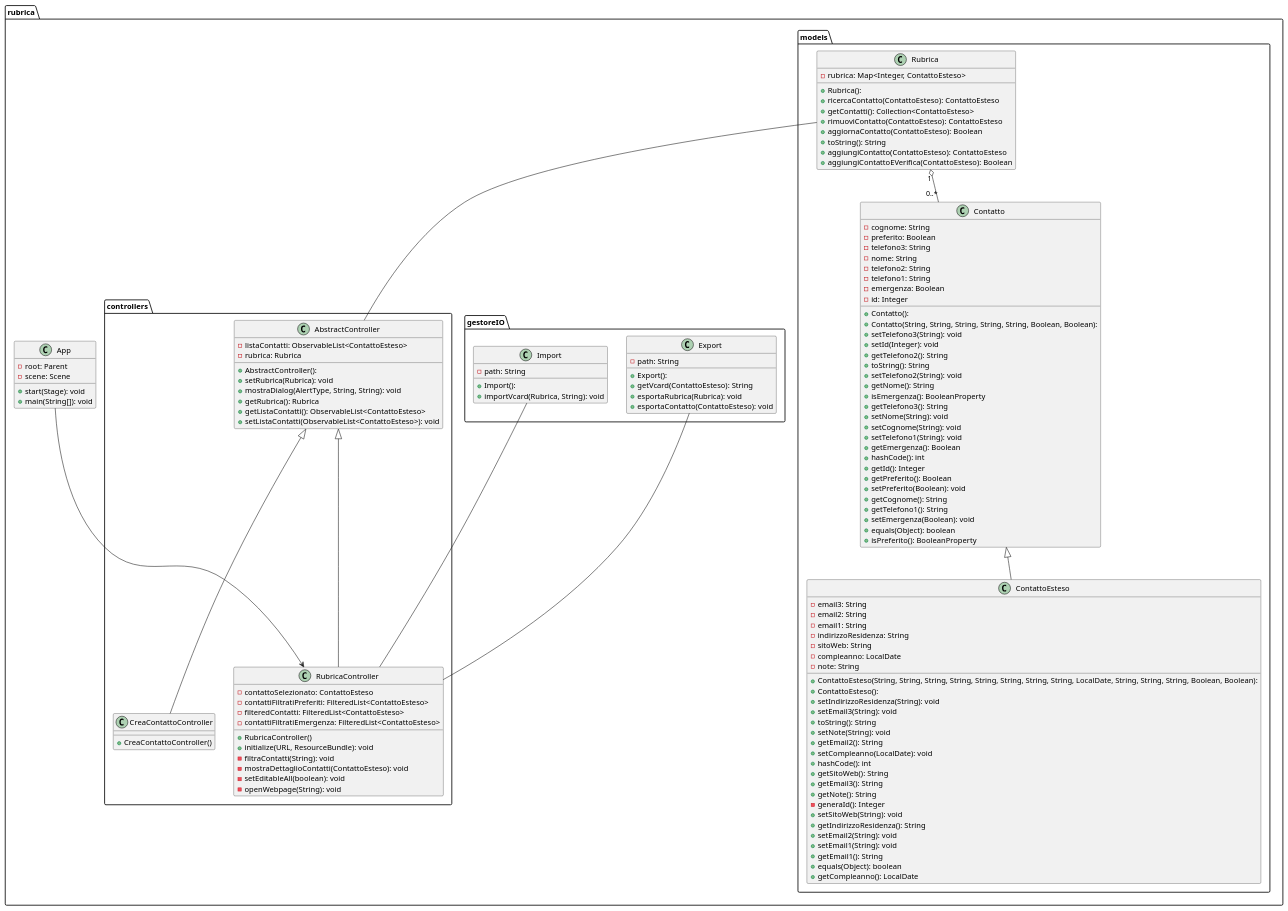
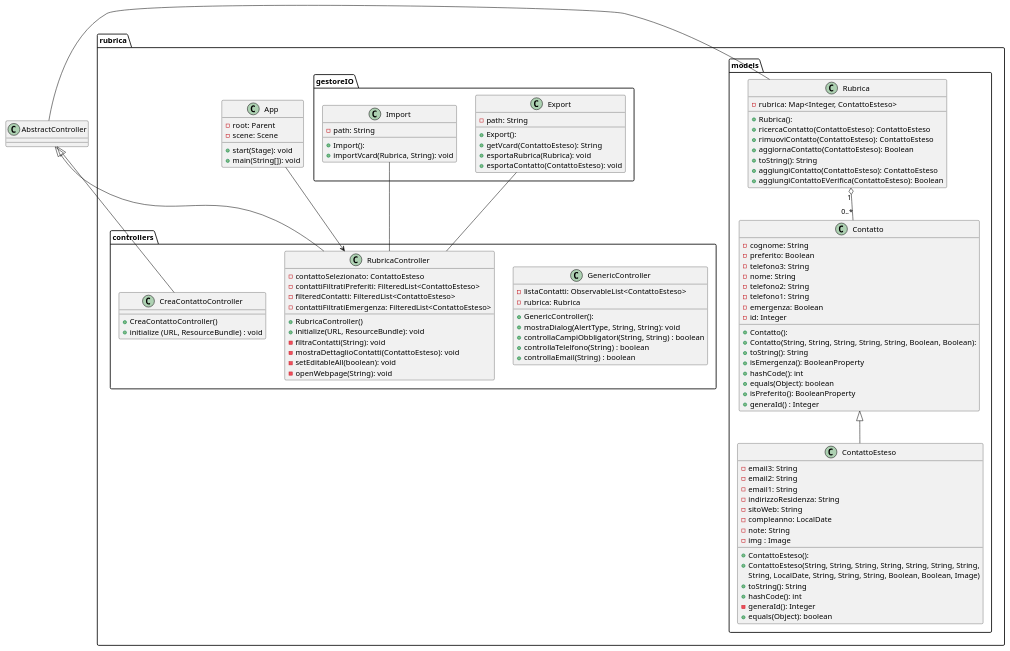
Before and after one commit to emanueletocci/uni-swe-project: the diagram in docs/bozze/Diagrammi/Classi/DiagrammiClassi.puml, drawn with PlantUML.

```diff
--- a/docs/bozze/Diagrammi/Classi/DiagrammiClassi.puml
+++ b/docs/bozze/Diagrammi/Classi/DiagrammiClassi.puml
@@ -1,152 +1,127 @@
 @startuml
 package rubrica {
 
     package controllers{
-        class AbstractController{
-   + AbstractController():
-  - listaContatti: ObservableList<ContattoEsteso>
-  - rubrica: Rubrica
-  + setRubrica(Rubrica): void
-  + mostraDialog(AlertType, String, String): void
-  + getRubrica(): Rubrica
-  + getListaContatti(): ObservableList<ContattoEsteso>
-  + setListaContatti(ObservableList<ContattoEsteso>): void
-            
-        }
+       class GenericController{
+            + GenericController():
+            - listaContatti: ObservableList<ContattoEsteso>
+            - rubrica: Rubrica
+            + mostraDialog(AlertType, String, String): void
+            + controllaCampiObbligatori(String, String) : boolean
+            + controllaTelelfono(String) : boolean
+            + controllaEmail(String) : boolean
+
+    }
+
         class RubricaController{
             + RubricaController()
             - contattoSelezionato: ContattoEsteso
             - contattiFiltratiPreferiti: FilteredList<ContattoEsteso>
             - filteredContatti: FilteredList<ContattoEsteso>
             - contattiFiltratiEmergenza: FilteredList<ContattoEsteso>
             + initialize(URL, ResourceBundle): void
             - filtraContatti(String): void
             - mostraDettaglioContatti(ContattoEsteso): void
             - setEditableAll(boolean): void
             - openWebpage(String): void
              
         }
        
         class CreaContattoController {
             + CreaContattoController()
+            + initialize (URL, ResourceBundle) : void
         }
 
     }
 
-  class App {
-- root: Parent
-  - scene: Scene
-  + start(Stage): void
-  + main(String[]): void
+        class App {
+           - root: Parent
+           - scene: Scene
+           + start(Stage): void
+           + main(String[]): void
         }
 
     package models{
 
     class Rubrica{
-  + Rubrica():
-  - rubrica: Map<Integer, ContattoEsteso>
-  + ricercaContatto(ContattoEsteso): ContattoEsteso
-  + getContatti(): Collection<ContattoEsteso>
-  + rimuoviContatto(ContattoEsteso): ContattoEsteso
-  + aggiornaContatto(ContattoEsteso): Boolean
-  + toString(): String
-  + aggiungiContatto(ContattoEsteso): ContattoEsteso
-  + aggiungiContattoEVerifica(ContattoEsteso): Boolean
+          + Rubrica():
+          - rubrica: Map<Integer, ContattoEsteso>
+          + ricercaContatto(ContattoEsteso): ContattoEsteso
+          + rimuoviContatto(ContattoEsteso): ContattoEsteso
+          + aggiornaContatto(ContattoEsteso): Boolean
+          + toString(): String
+          + aggiungiContatto(ContattoEsteso): ContattoEsteso
+          + aggiungiContattoEVerifica(ContattoEsteso): Boolean
         }
        
   
-    class Contatto{
-  + Contatto():
-  + Contatto(String, String, String, String, String, Boolean, Boolean):
-  - cognome: String
-  - preferito: Boolean
-  - telefono3: String
-  - nome: String
-  - telefono2: String
-  - telefono1: String
-  - emergenza: Boolean
-  - id: Integer
-  + setTelefono3(String): void
-  + setId(Integer): void
-  + getTelefono2(): String
-  + toString(): String
-  + setTelefono2(String): void
-  + getNome(): String
-  + isEmergenza(): BooleanProperty
-  + getTelefono3(): String
-  + setNome(String): void
-  + setCognome(String): void
-  + setTelefono1(String): void
-  + getEmergenza(): Boolean
-  + hashCode(): int
-  + getId(): Integer
-  + getPreferito(): Boolean
-  + setPreferito(Boolean): void
-  + getCognome(): String
-  + getTelefono1(): String
-  + setEmergenza(Boolean): void
-  + equals(Object): boolean
-  + isPreferito(): BooleanProperty
+   class Contatto{
+          + Contatto():
+          + Contatto(String, String, String, String, String, Boolean, Boolean):
+          - cognome: String
+          - preferito: Boolean
+          - telefono3: String
+          - nome: String
+          - telefono2: String
+          - telefono1: String
+          - emergenza: Boolean
+          - id: Integer
+          + toString(): String
+          + isEmergenza(): BooleanProperty
+          + hashCode(): int
+          + equals(Object): boolean
+          + isPreferito(): BooleanProperty
+          + generaId() : Integer       
         }
 
    class ContattoEsteso {
-  + ContattoEsteso(String, String, String, String, String, String, String, String, LocalDate, String, String, String, Boolean, Boolean):
-  + ContattoEsteso():
-  - email3: String
-  - email2: String
-  - email1: String
-  - indirizzoResidenza: String
-  - sitoWeb: String
-  - compleanno: LocalDate
-  - note: String
-  + setIndirizzoResidenza(String): void
-  + setEmail3(String): void
-  + toString(): String
-  + setNote(String): void
-  + getEmail2(): String
-  + setCompleanno(LocalDate): void
-  + hashCode(): int
-  + getSitoWeb(): String
-  + getEmail3(): String
-  + getNote(): String
-  - generaId(): Integer
-  + setSitoWeb(String): void
-  + getIndirizzoResidenza(): String
-  + setEmail2(String): void
-  + setEmail1(String): void
-  + getEmail1(): String
-  + equals(Object): boolean
-  + getCompleanno(): LocalDate
+         + ContattoEsteso():
+         + ContattoEsteso(String, String, String, String, String, String, String, 
+                     String, LocalDate, String, String, String, Boolean, Boolean, Image)
+         - email3: String
+         - email2: String
+         - email1: String
+         - indirizzoResidenza: String
+         - sitoWeb: String
+         - compleanno: LocalDate
+         - note: String
+         - img : Image
+         + toString(): String
+         + hashCode(): int
+         - generaId(): Integer
+         + equals(Object): boolean
+  
         }
 
 
     }
 
   package gestoreIO {
 
     class Export {
- + Export():
-  - path: String
-  + getVcard(ContattoEsteso): String
-  + esportaRubrica(Rubrica): void
-  + esportaContatto(ContattoEsteso): void
+        + Export():
+        - path: String
+        + getVcard(ContattoEsteso): String
+        + esportaRubrica(Rubrica): void
+        + esportaContatto(ContattoEsteso): void
     }
  
    class Import {
       + Import():
-  - path: String
-  + importVcard(Rubrica, String): void
+      - path: String
+      + importVcard(Rubrica, String): void
 }
 }
 }
+
 Rubrica    "1" o-- "0..*"   Contatto
 Contatto     <|--           ContattoEsteso
 AbstractController  <|--   RubricaController
 AbstractController  <|--   CreaContattoController
 Rubrica -- AbstractController
 Import -- RubricaController
 Export -- RubricaController
 App --> RubricaController
  
 }
 @enduml
```
